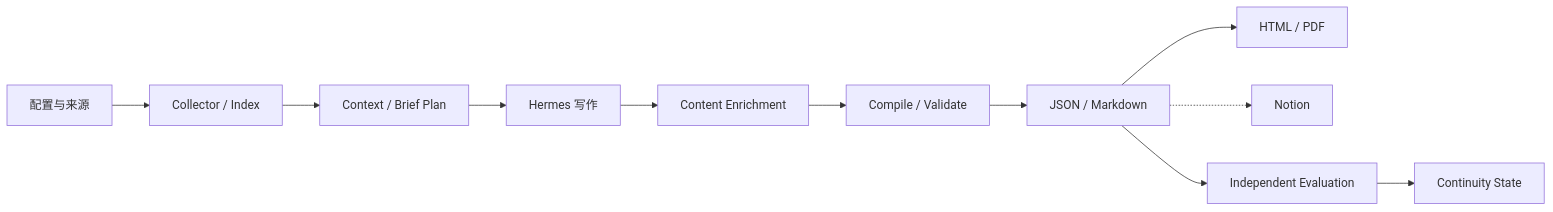
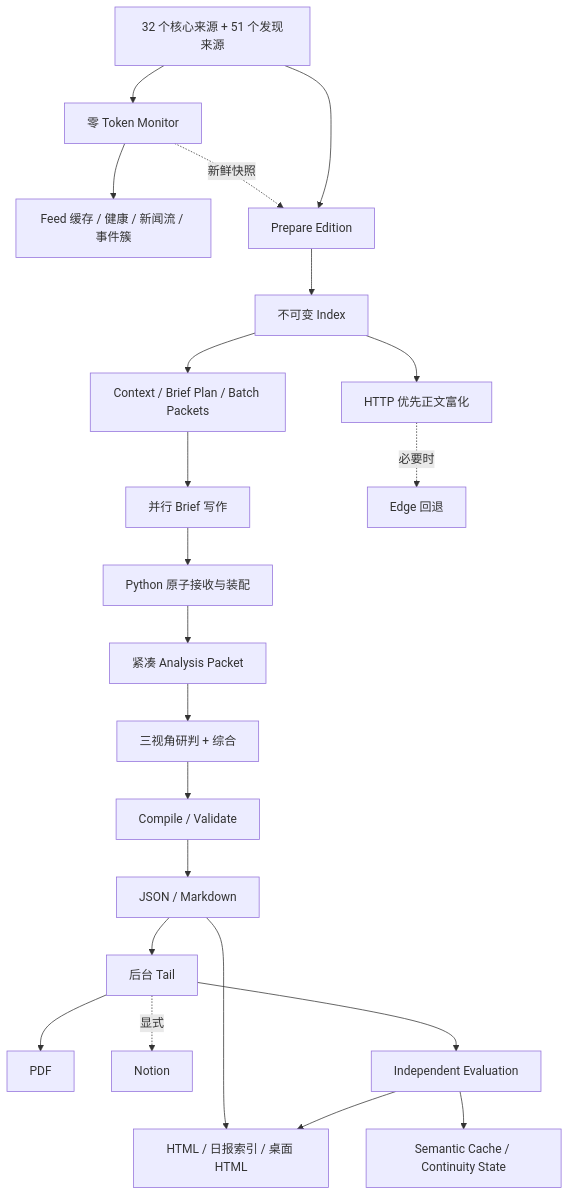
Before and after one commit to Merak-Wang/daily-intelligence-skill: the diagram in wiki/02-总体架构.md, drawn with Mermaid. The commit also changed other lines of this file and 69 other files, not shown here.

````diff
--- a/wiki/02-总体架构.md
+++ b/wiki/02-总体架构.md
@@ -5,13 +5,24 @@
 ```mermaid
-flowchart LR
-    C["配置与来源"] --> I["Collector / Index"]
-    I --> X["Context / Brief Plan"]
-    X --> H["Hermes 写作"]
-    H --> E["Content Enrichment"]
-    E --> V["Compile / Validate"]
-    V --> R["JSON / Markdown"]
-    R --> L["HTML / PDF"]
-    R -.-> N["Notion"]
-    R --> Q["Independent Evaluation"]
-    Q --> S["Continuity State"]
+flowchart TD
+    C["32 个核心来源 + 51 个发现来源"] --> M["零 Token Monitor"]
+    M --> F["Feed 缓存 / 健康 / 新闻流 / 事件簇"]
+    M -. "新鲜快照" .-> P["Prepare Edition"]
+    C --> P
+    P --> I["不可变 Index"]
+    I --> X["Context / Brief Plan / Batch Packets"]
+    X --> B["并行 Brief 写作"]
+    I --> E["HTTP 优先正文富化"]
+    E -. "必要时" .-> G["Edge 回退"]
+    B --> A["Python 原子接收与装配"]
+    A --> Q["紧凑 Analysis Packet"]
+    Q --> H["三视角研判 + 综合"]
+    H --> V["Compile / Validate"]
+    V --> T["JSON / Markdown"]
+    T --> L["HTML / 日报索引 / 桌面 HTML"]
+    T --> R["后台 Tail"]
+    R --> D["PDF"]
+    R -. "显式" .-> N["Notion"]
+    R --> Z["Independent Evaluation"]
+    Z --> S["Semantic Cache / Continuity State"]
+    Z --> L
 ```
````
